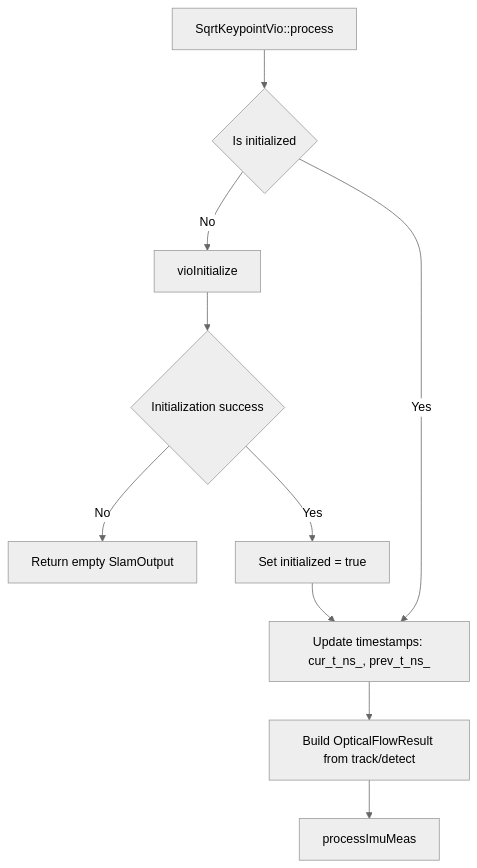
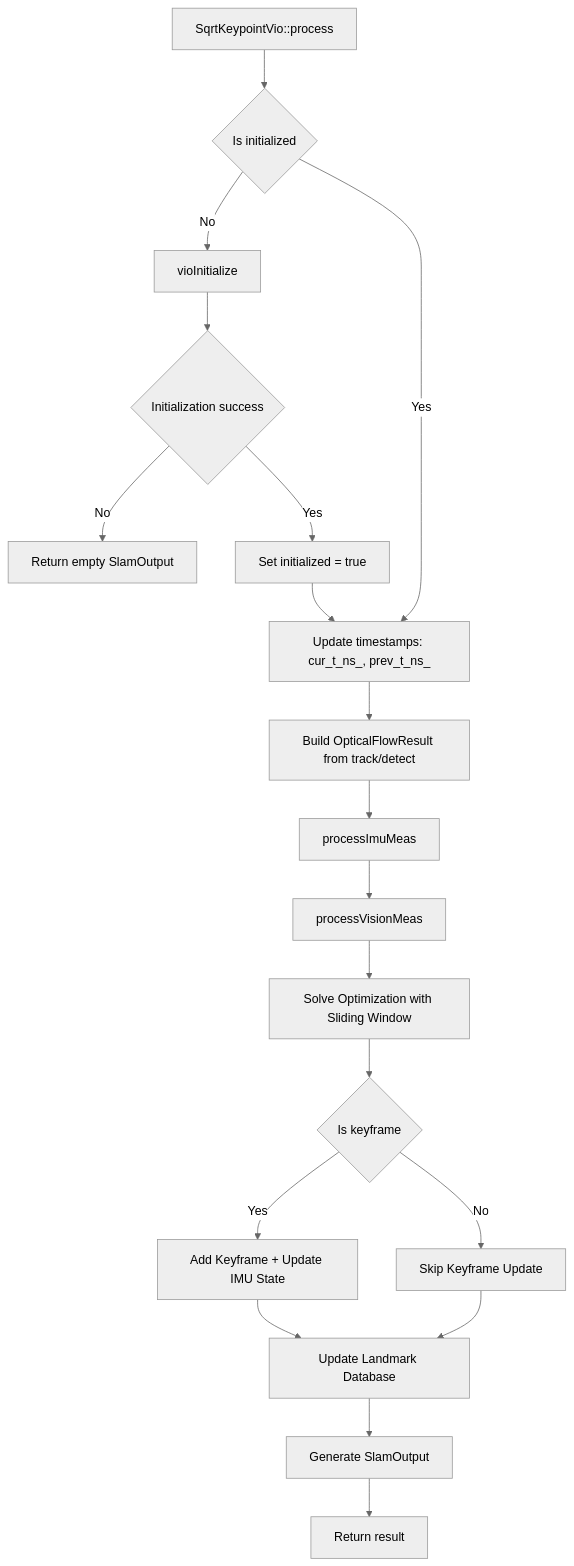
The diagram in all/未命名-3.md (huzixuan1/iodraw-files), drawn with Mermaid (neutral theme) before and after one commit.

Commit message:
2025-04-21 17:34:55 update

````diff
--- a/all/未命名-3.md
+++ b/all/未命名-3.md
@@ -1,51 +1,51 @@
 ```mermaid
 graph TD
     A[SqrtKeypointVio::process] --> B{Is initialized}
     B -- No --> C[vioInitialize]
     C --> D{Initialization success}
     D -- No --> E[Return empty SlamOutput]
     D -- Yes --> F[Set initialized = true]
     F --> G[Update timestamps: cur_t_ns_, prev_t_ns_]
     
     
     B -- Yes --> G
 
     G --> H[Build OpticalFlowResult from track/detect]
     H --> I[processImuMeas]
-    %% I --> J[Call processVisionMeas()]
-    %% J --> K[Solve Optimization with Sliding Window]
+    I --> J[processVisionMeas]
+    J --> K[Solve Optimization with Sliding Window]
 
-    %% K --> L{Is keyframe}
-    %% L -- Yes --> M[Add Keyframe + Update IMU State]
-    %% L -- No --> N[Skip Keyframe Update]
+    K --> L{Is keyframe}
+    L -- Yes --> M[Add Keyframe + Update IMU State]
+    L -- No --> N[Skip Keyframe Update]
 
-    %% M --> O[Update Landmark Database]
-    %% N --> O
+    M --> O[Update Landmark Database]
+    N --> O
 
-    %% O --> P[Generate SlamOutput]
-    %% P --> Q[Return result]
+    O --> P[Generate SlamOutput]
+    P --> Q[Return result]
 
     %% B --> C[solve主优化]
     %% C --> D[createVariablesAndFactors]
     %% D --> E{{迭代循环}}
     %% E --> F[linearizeSystem]
     %% F --> G[linearSolve]
     %% G --> H{checkStepSuccess?}
     %% H -- 是 --> I[acceptStep]
     %% H -- 否 --> J[rejectStep]
     %% I --> E
     %% J --> E
     %% E --> K[marginalize]
     %% K --> L[generateNewMarginPrior]
     %% K --> M[createMarginVariableAndFactors]
     
     %% subgraph 辅助操作
     %%     N[backup/restore]
     %%     O[checkMarginPriorNullSpace]
     %%     P[updateOnlineCalib]
     %% end
     %% C --> N
     %% K --> O
     %% C --> P
 
 ```
````
